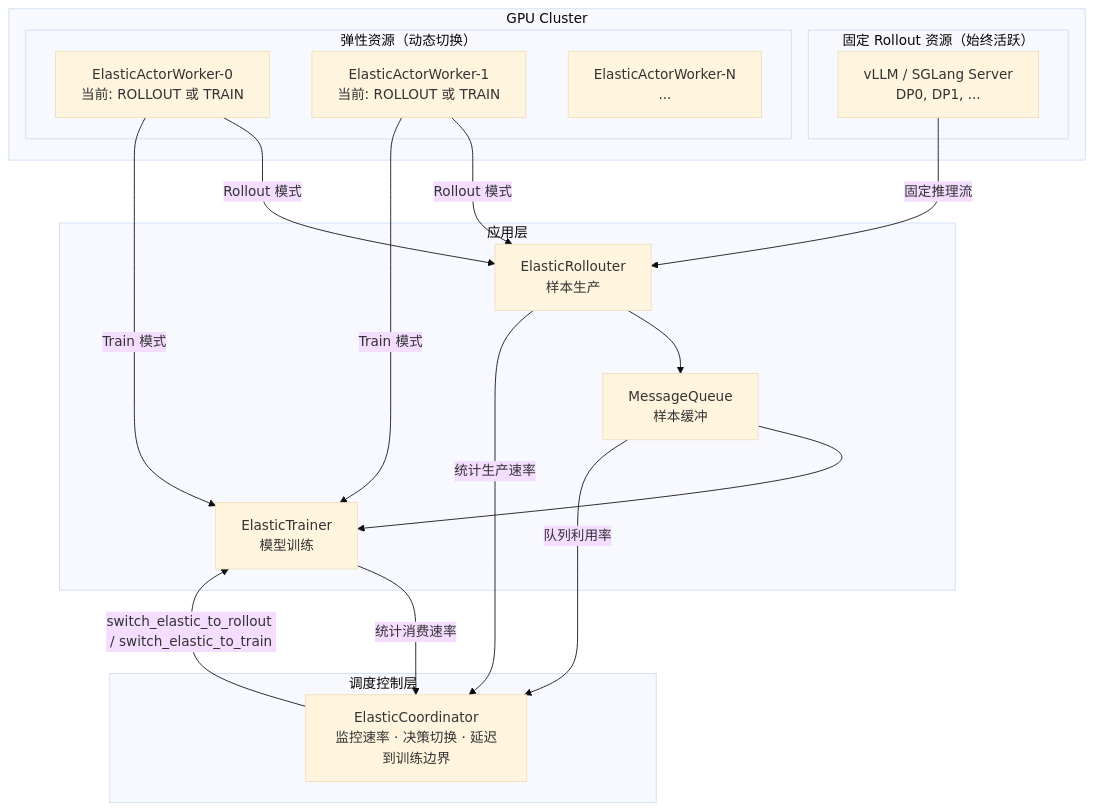
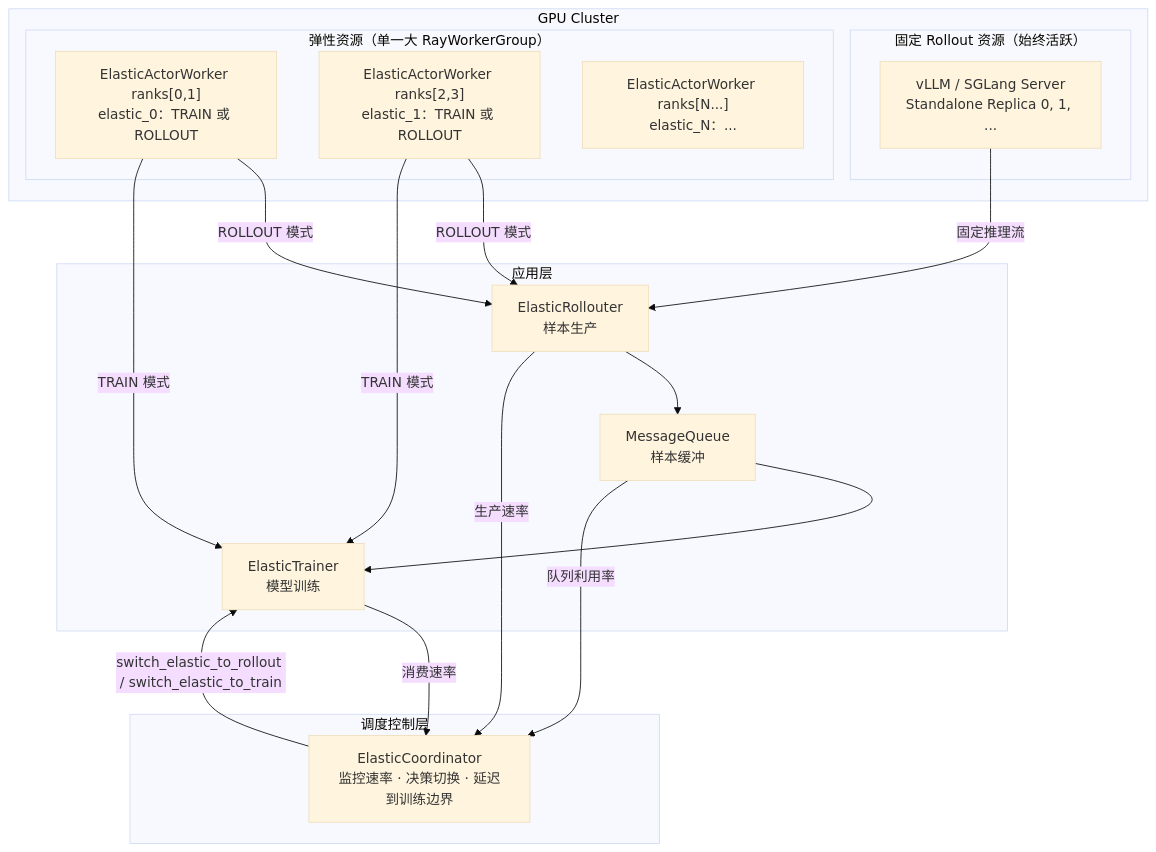
Before and after one commit to meituan-search/verl: the first of 12 diagrams in verl/experimental/elastic_scheduling/README.md, drawn with Mermaid (base theme). The commit also changed other lines of this file, not shown here.

````diff
--- a/verl/experimental/elastic_scheduling/README.md
+++ b/verl/experimental/elastic_scheduling/README.md
@@ -14,35 +14,35 @@
 ```mermaid
 graph TB
     subgraph cluster["GPU Cluster"]
         subgraph fixed["固定 Rollout 资源（始终活跃）"]
-            FR["vLLM / SGLang Server<br/>DP0, DP1, ..."]
+            FR["vLLM / SGLang Server<br/>Standalone Replica 0, 1, ..."]
         end
-        subgraph elastic["弹性资源（动态切换）"]
-            EW0["ElasticActorWorker-0<br/>当前: ROLLOUT 或 TRAIN"]
-            EW1["ElasticActorWorker-1<br/>当前: ROLLOUT 或 TRAIN"]
-            EWN["ElasticActorWorker-N<br/>..."]
+        subgraph elastic["弹性资源（单一大 RayWorkerGroup）"]
+            EW0["ElasticActorWorker ranks[0,1]<br/>elastic_0：TRAIN 或 ROLLOUT"]
+            EW1["ElasticActorWorker ranks[2,3]<br/>elastic_1：TRAIN 或 ROLLOUT"]
+            EWN["ElasticActorWorker ranks[N...]<br/>elastic_N：..."]
         end
     end
 
     subgraph control["调度控制层"]
         EC["ElasticCoordinator<br/>监控速率 · 决策切换 · 延迟到训练边界"]
     end
 
     subgraph app["应用层"]
         ER["ElasticRollouter<br/>样本生产"]
         ET["ElasticTrainer<br/>模型训练"]
         MQ["MessageQueue<br/>样本缓冲"]
     end
 
     FR -->|固定推理流| ER
-    EW0 -->|Rollout 模式| ER
-    EW1 -->|Rollout 模式| ER
-    EW0 -->|Train 模式| ET
-    EW1 -->|Train 模式| ET
+    EW0 -->|ROLLOUT 模式| ER
+    EW1 -->|ROLLOUT 模式| ER
+    EW0 -->|TRAIN 模式| ET
+    EW1 -->|TRAIN 模式| ET
     ER --> MQ
     MQ --> ET
     EC -->|switch_elastic_to_rollout / switch_elastic_to_train| ET
-    ET -->|统计消费速率| EC
-    ER -->|统计生产速率| EC
+    ET -->|消费速率| EC
+    ER -->|生产速率| EC
     MQ -->|队列利用率| EC
 ```
````
